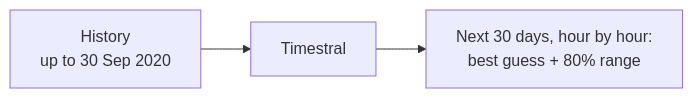
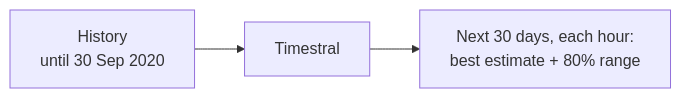
One commit to mourjo/zero-shot-forecasting changed the first of 3 diagrams in README.md. Above: the diagram before and after it, drawn with Mermaid. The commit also changed other lines of this file, not shown here.

````diff
--- a/README.md
+++ b/README.md
@@ -109,5 +125,5 @@
 ```mermaid
 flowchart LR
-    H["History<br/>up to 30 Sep 2020"] --> T["Timestral"]
-    T --> F["Next 30 days, hour by hour:<br/>best guess + 80% range"]
+    H["History<br/>until 30 Sep 2020"] --> T["Timestral"]
+    T --> F["Next 30 days, each hour:<br/>best estimate + 80% range"]
 ```
````
